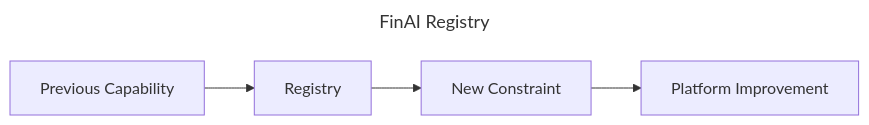
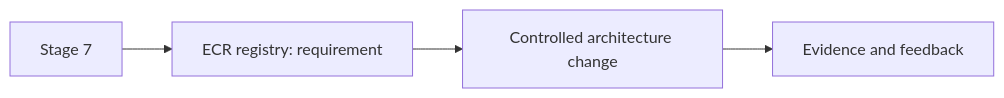
Before and after one commit to m1mohamad/devops-sre-prep: the eighth of 30 diagrams in docs/journey/index.md, drawn with Mermaid. The commit also changed other lines of this file and 100 other files, not shown here.

````diff
--- a/docs/journey/index.md
+++ b/docs/journey/index.md
@@ -93,7 +162,6 @@
 ```mermaid
----
-title: FinAI Registry
----
 flowchart LR
-  A[Previous Capability] --> B[Registry] --> C[New Constraint] --> D[Platform Improvement]
+  S8[Stage 7] --> R8[ECR registry: requirement]
+  R8 --> C8[Controlled architecture change]
+  C8 --> E8[Evidence and feedback]
 ```
````
